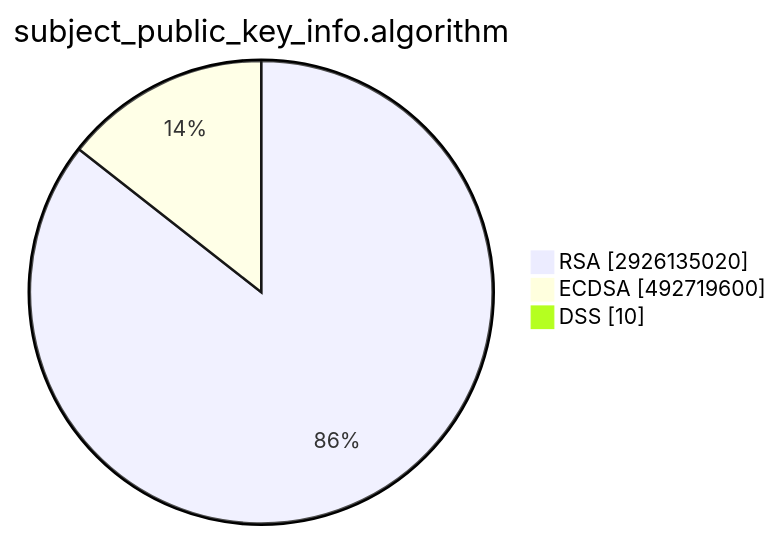
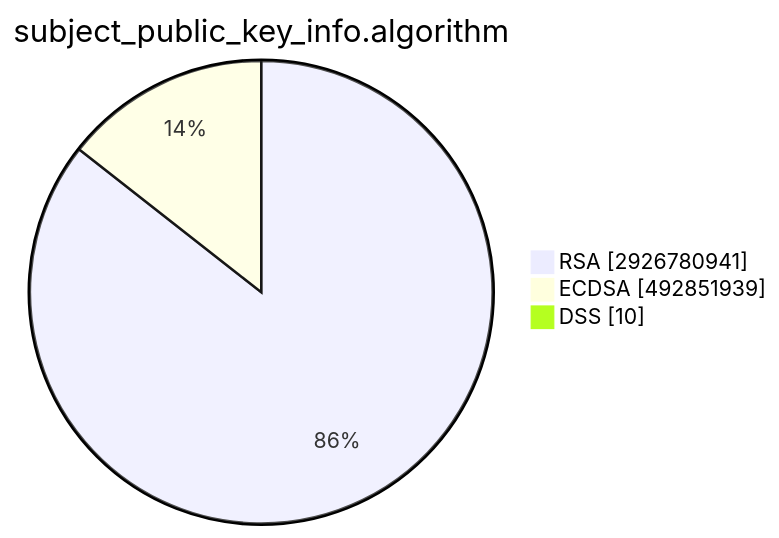
One commit to christiankrug/ctmonitor_visualization changed the second of 15 diagrams in TOTAL/README.md. Above: the diagram before and after it, drawn with Mermaid. The commit also changed other lines of this file, not shown here.

````diff
--- a/TOTAL/README.md
+++ b/TOTAL/README.md
@@ -6,7 +6,7 @@
 ```mermaid
 pie showData
 title subject_public_key_info.algorithm
-"RSA" :2926135020
-"ECDSA" :492719600
+"RSA" :2926780941
+"ECDSA" :492851939
 "DSS" :10
 ```
````
